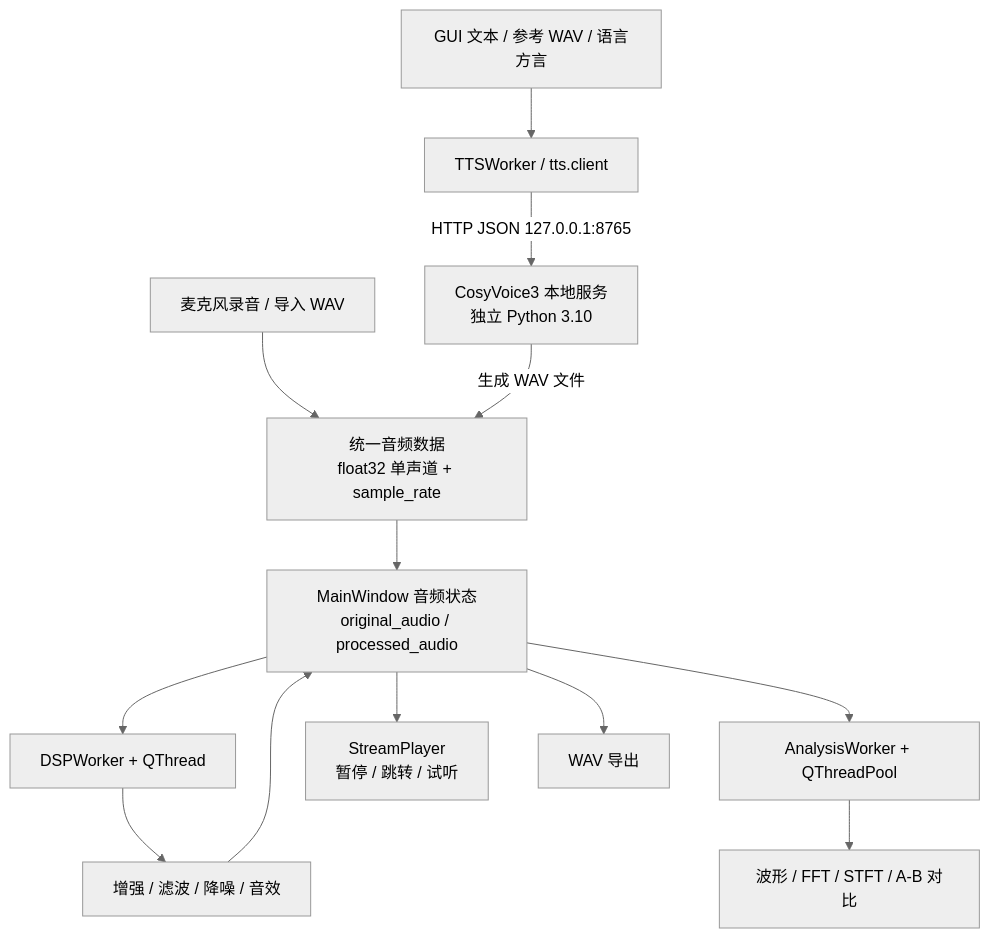
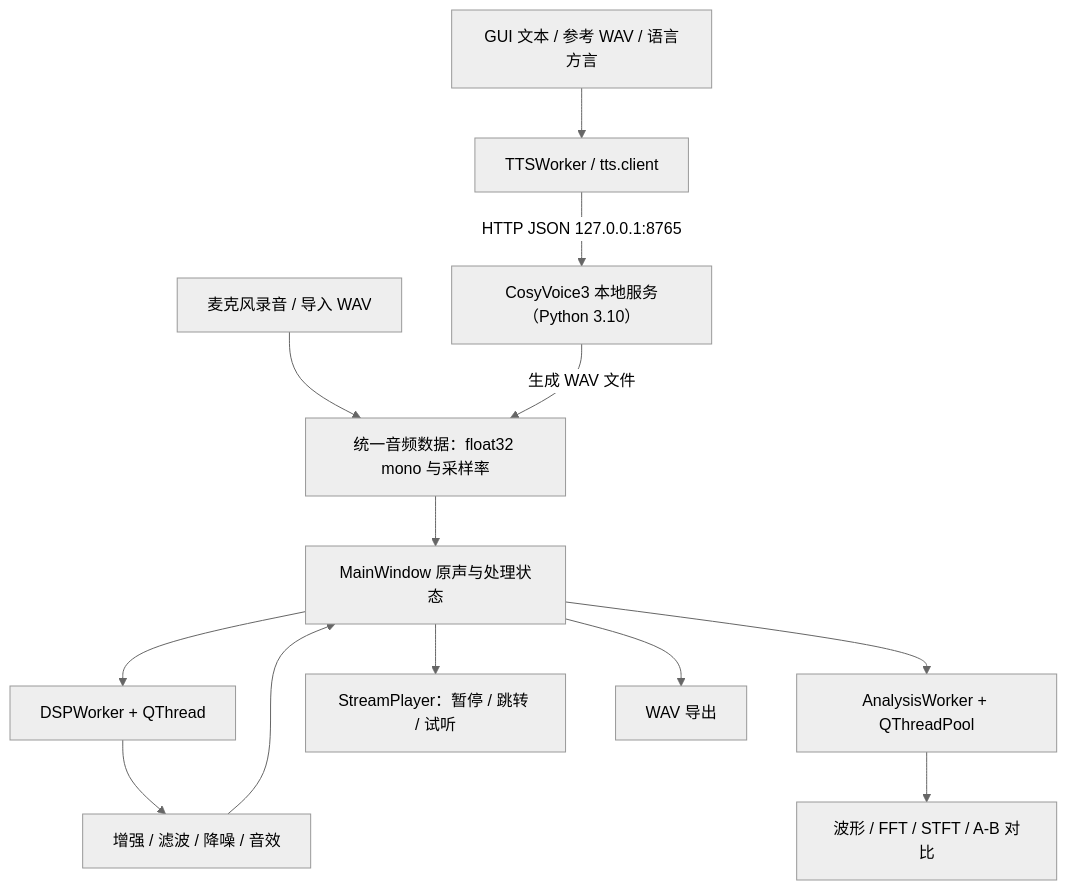
The first of 2 diagrams in README.md (Qing3019/SmartVoiceStudio), drawn with Mermaid (neutral theme) before and after one commit. The commit also changed other lines of this file, not shown here.

````diff
--- a/README.md
+++ b/README.md
@@ -48,15 +46,15 @@
 ```mermaid
 flowchart TD
-    A["麦克风录音 / 导入 WAV"] --> B["统一音频数据\nfloat32 单声道 + sample_rate"]
+    A["麦克风录音 / 导入 WAV"] --> B["统一音频数据：float32 mono 与采样率"]
     T["GUI 文本 / 参考 WAV / 语言方言"] --> C["TTSWorker / tts.client"]
-    C -->|"HTTP JSON 127.0.0.1:8765"| D["CosyVoice3 本地服务\n独立 Python 3.10"]
+    C -->|"HTTP JSON 127.0.0.1:8765"| D["CosyVoice3 本地服务（Python 3.10）"]
     D -->|"生成 WAV 文件"| B
-    B --> E["MainWindow 音频状态\noriginal_audio / processed_audio"]
+    B --> E["MainWindow 原声与处理状态"]
     E --> F["DSPWorker + QThread"]
     F --> G["增强 / 滤波 / 降噪 / 音效"]
     G --> E
     E --> H["AnalysisWorker + QThreadPool"]
     H --> I["波形 / FFT / STFT / A-B 对比"]
-    E --> J["StreamPlayer\n暂停 / 跳转 / 试听"]
+    E --> J["StreamPlayer：暂停 / 跳转 / 试听"]
     E --> K["WAV 导出"]
 ```
````
